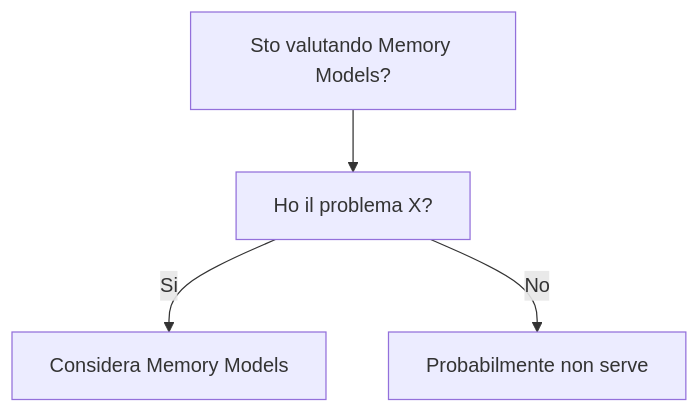
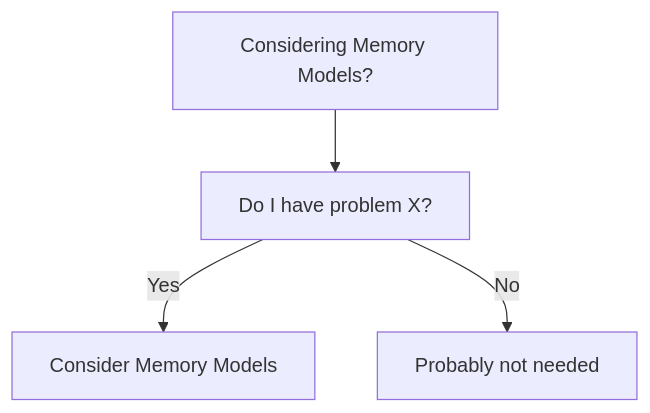
Before and after one commit to HxT9/Software-Dev-Wiki: the diagram in dev-wiki/04_Concurrency/Memory_Models/When_To_Use.md, drawn with Mermaid. The commit also changed other lines of this file and 3444 other files, not shown here.

````diff
--- a/dev-wiki/04_Concurrency/Memory_Models/When_To_Use.md
+++ b/dev-wiki/04_Concurrency/Memory_Models/When_To_Use.md
@@ -19,6 +19,6 @@
 ```mermaid
 flowchart TD
-  Q[Sto valutando Memory Models?] --> Q1[Ho il problema X?]
-  Q1 -->|Si| OK[Considera Memory Models]
-  Q1 -->|No| NO[Probabilmente non serve]
+  Q[Considering Memory Models?] --> Q1[Do I have problem X?]
+  Q1 -->|Yes| OK[Consider Memory Models]
+  Q1 -->|No| NO[Probably not needed]
 ```
````
